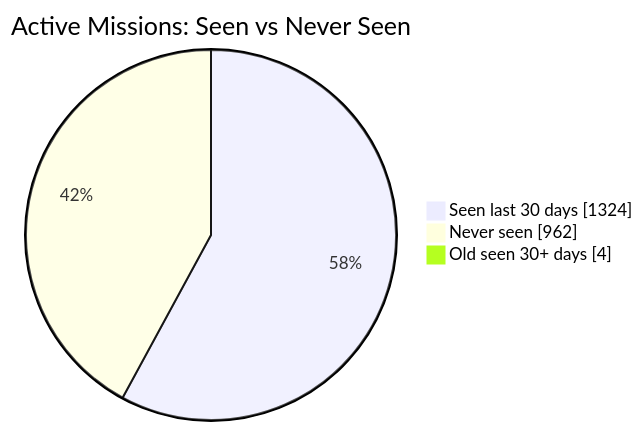
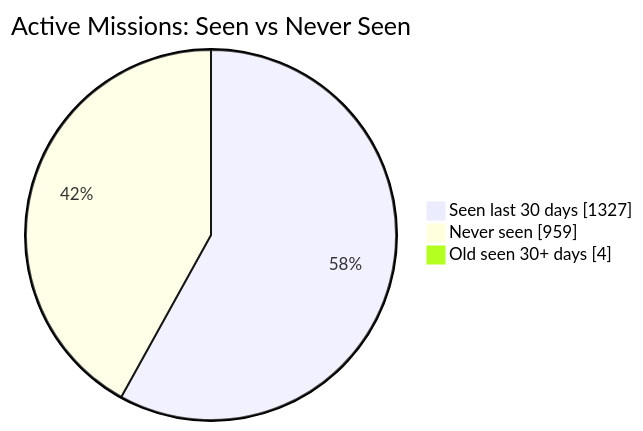
One commit to MeldkamerspelGameTeam/active-missions changed the first of 2 diagrams in README.md. Above: the diagram before and after it, drawn with Mermaid. The commit also changed other lines of this file and 2 other files, not shown here.

````diff
--- a/README.md
+++ b/README.md
@@ -34,7 +34,7 @@
 ```mermaid
 pie showData
     title Active Missions: Seen vs Never Seen
-    "Seen last 30 days" : 1324
-    "Never seen" : 962
+    "Seen last 30 days" : 1327
+    "Never seen" : 959
     "Old seen 30+ days" : 4
 ```
````
